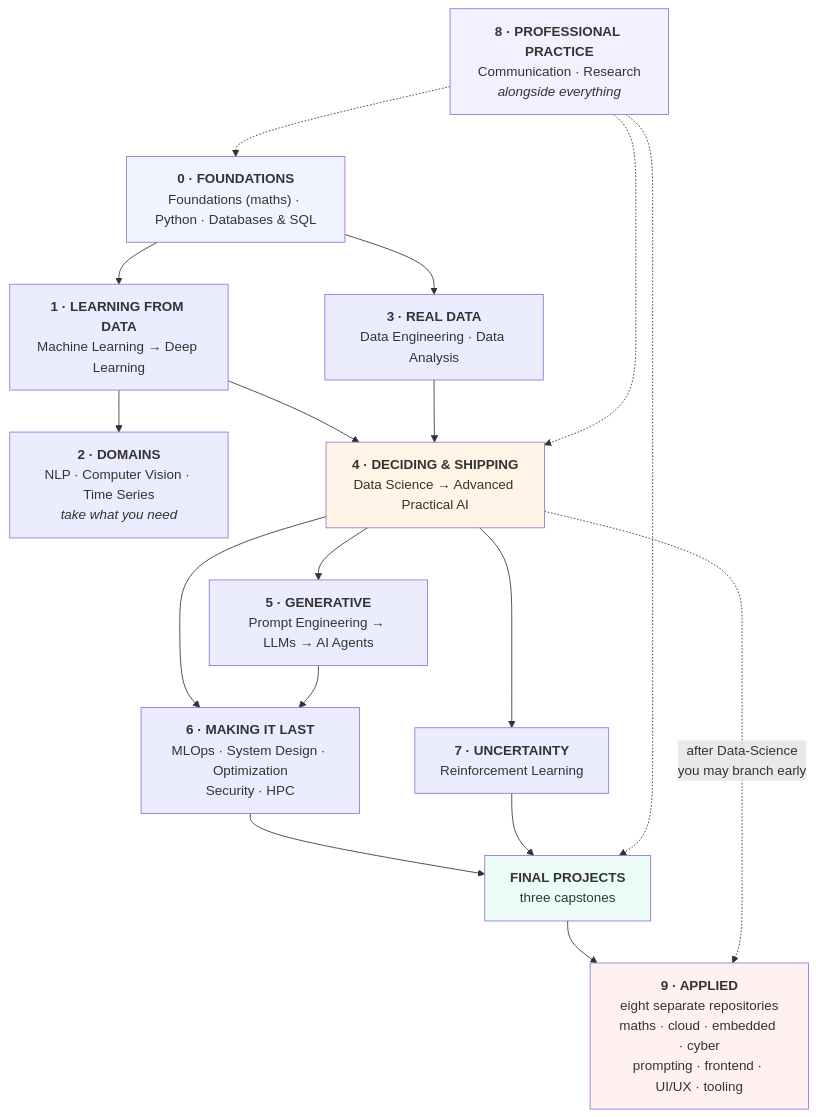
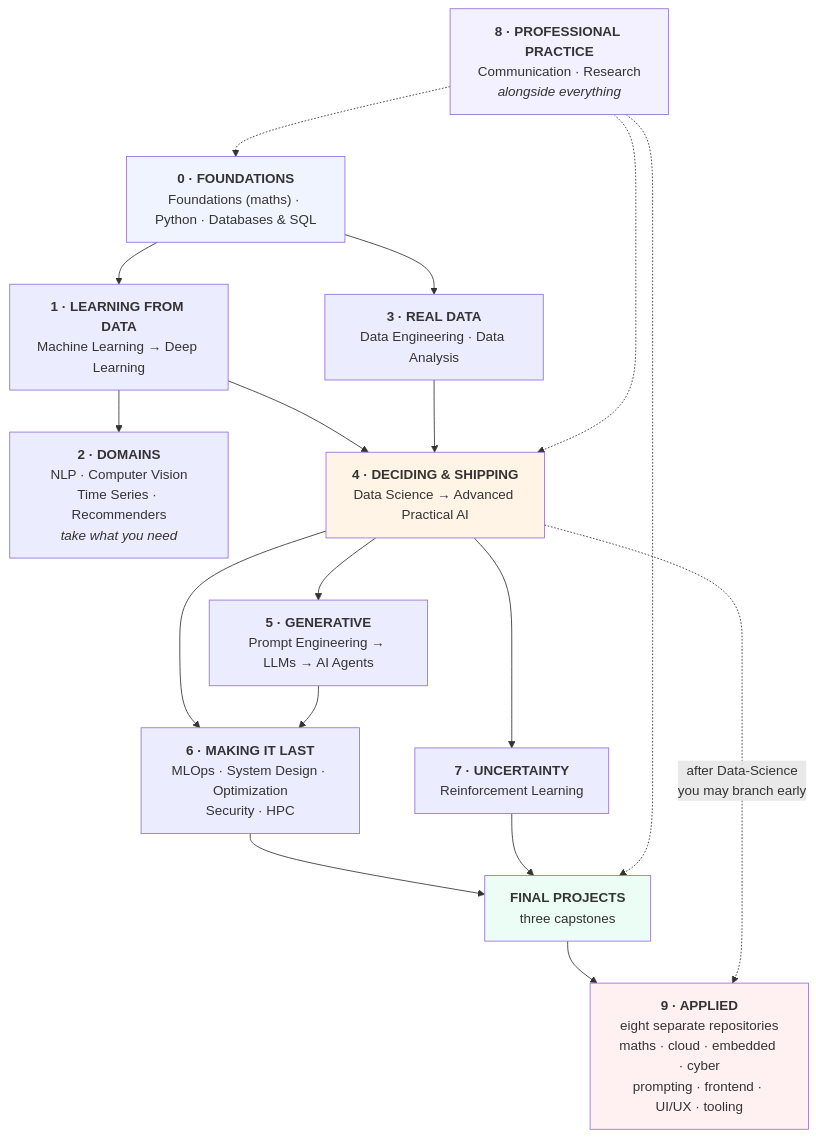
Before and after one commit to Tayel-Ai-Labs-Courses/Advanced-AI: the diagram in CURRICULUM.md, drawn with Mermaid. The commit also changed other lines of this file and 25 other files, not shown here.

````diff
--- a/CURRICULUM.md
+++ b/CURRICULUM.md
@@ -19,24 +19,24 @@
 ```mermaid
 flowchart TD
     B0["<b>0 · FOUNDATIONS</b><br/>Foundations (maths) · Python · Databases &amp; SQL"] --> B1["<b>1 · LEARNING FROM DATA</b><br/>Machine Learning → Deep Learning"]
-    B1 --> B2["<b>2 · DOMAINS</b><br/>NLP · Computer Vision · Time Series<br/><i>take what you need</i>"]
+    B1 --> B2["<b>2 · DOMAINS</b><br/>NLP · Computer Vision<br/>Time Series · Recommenders<br/><i>take what you need</i>"]
     B0 --> B3["<b>3 · REAL DATA</b><br/>Data Engineering · Data Analysis"]
     B1 --> B4["<b>4 · DECIDING &amp; SHIPPING</b><br/>Data Science → Advanced Practical AI"]
     B3 --> B4
     B4 --> B5["<b>5 · GENERATIVE</b><br/>Prompt Engineering → LLMs → AI Agents"]
     B4 --> B6["<b>6 · MAKING IT LAST</b><br/>MLOps · System Design · Optimization<br/>Security · HPC"]
     B5 --> B6
     B4 --> B7["<b>7 · UNCERTAINTY</b><br/>Reinforcement Learning"]
     B6 --> CAP["<b>FINAL PROJECTS</b><br/>three capstones"]
     B7 --> CAP
     B8["<b>8 · PROFESSIONAL PRACTICE</b><br/>Communication · Research<br/><i>alongside everything</i>"] -.-> B0
     B8 -.-> B4
     B8 -.-> CAP
     CAP --> SP["<b>9 · APPLIED</b><br/>eight separate repositories<br/>maths · cloud · embedded · cyber<br/>prompting · frontend · UI/UX · tooling"]
     B4 -.->|"after Data-Science<br/>you may branch early"| SP
     style B0 fill:#f0f4ff
     style B4 fill:#fff4e6
     style B8 fill:#f3f0ff
     style CAP fill:#ecfdf5
     style SP fill:#fff1f2
 ```
````
